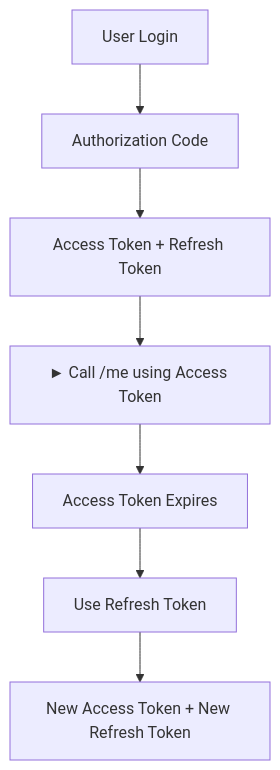
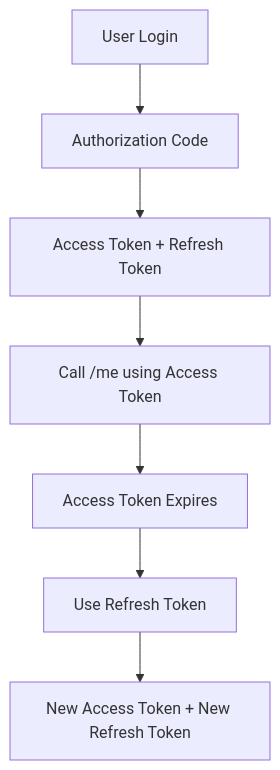
Before and after one commit to TechSivaram/tscloak: the tenth of 18 diagrams in README.md, drawn with Mermaid. The commit also changed other lines of this file, not shown here.

````diff
--- a/README.md
+++ b/README.md
@@ -541,10 +553,9 @@
 ```mermaid
 flowchart TD
-    N0["User Login"] --> N1
-    N1["Authorization Code"] --> N2
-    N2["Access Token + Refresh Token"] --> N3
-    N3["► Call /me using Access Token"] --> N4
-    N4["Access Token Expires"] --> N5
-    N5["Use Refresh Token"] --> N6
-    N6["New Access Token + New Refresh Token"]
+    A["User Login"] --> B["Authorization Code"]
+    B --> C["Access Token + Refresh Token"]
+    C --> D["Call /me using Access Token"]
+    D --> E["Access Token Expires"]
+    E --> F["Use Refresh Token"]
+    F --> G["New Access Token + New Refresh Token"]
 ```
````
